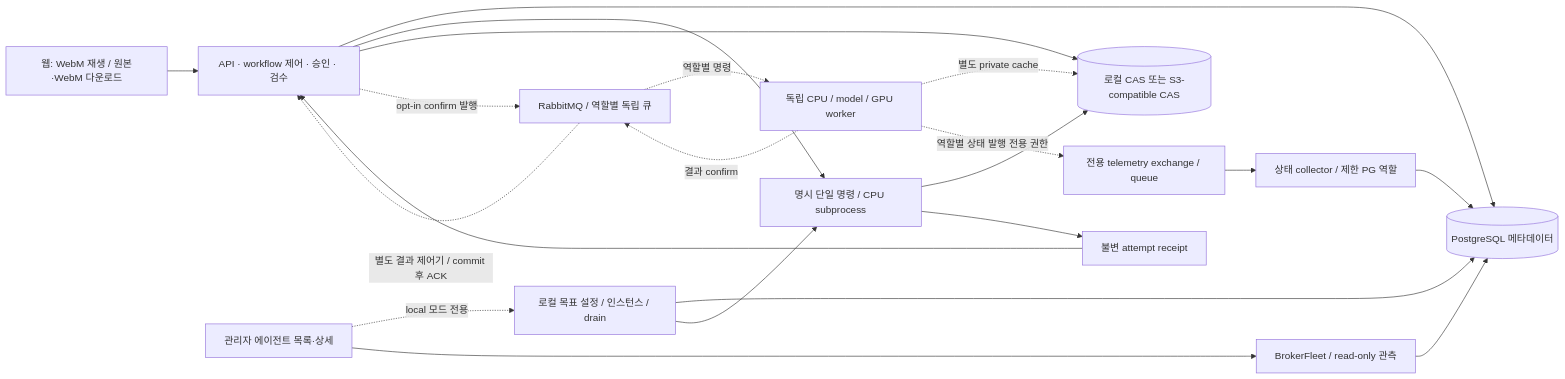
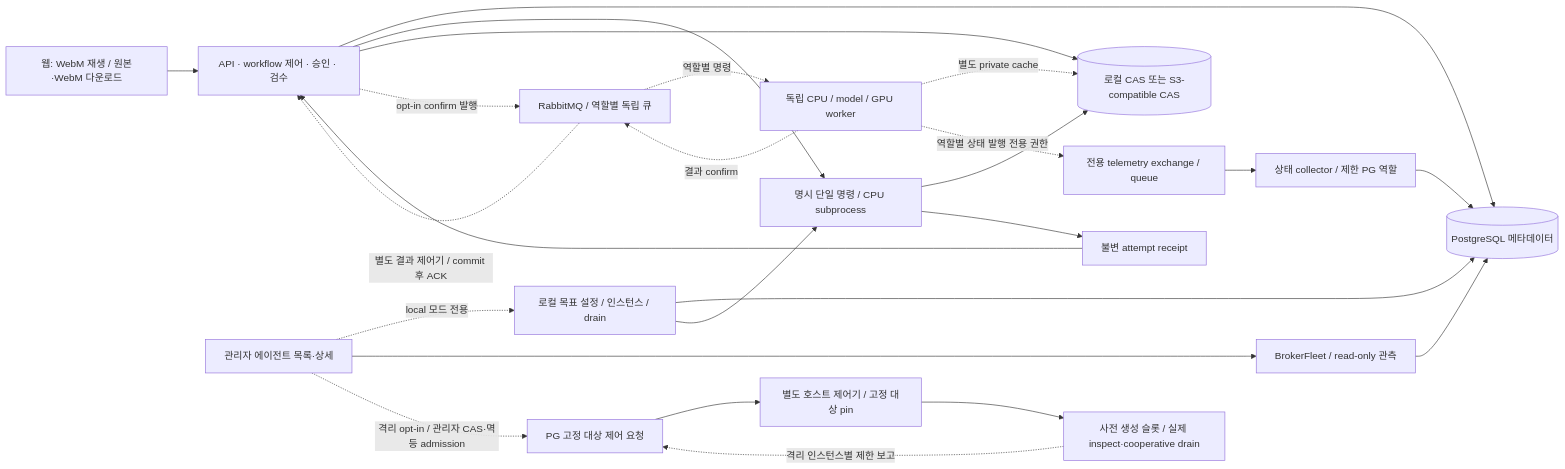
The diagram in docs/plans/architect.md (orderthan31/mediagent), drawn with Mermaid before and after one commit. The commit also changed other lines of this file and 20 other files, not shown here.

````diff
--- a/docs/plans/architect.md
+++ b/docs/plans/architect.md
@@ -15,23 +17,27 @@
 ```mermaid
 flowchart LR
   Web[웹: WebM 재생 / 원본·WebM 다운로드] --> App[API · workflow 제어 · 승인 · 검수]
   App --> PG[(PostgreSQL 메타데이터)]
   App --> CPU[명시 단일 명령 / CPU subprocess]
   Admin[관리자 에이전트 목록·상세] -. local 모드 전용 .-> Fleet[로컬 목표 설정 / 인스턴스 / drain]
   Fleet --> PG
   Fleet --> CPU
   App --> Objects[(로컬 CAS 또는 S3-compatible CAS)]
   CPU --> Objects
   CPU --> Receipt[불변 attempt receipt]
   Receipt --> App
   App -. opt-in confirm 발행 .-> Broker[RabbitMQ / 역할별 독립 큐]
   Broker -. 역할별 명령 .-> Independent[독립 CPU / model / GPU worker]
   Independent -. 결과 confirm .-> Broker
   Broker -. 별도 결과 제어기 / commit 후 ACK .-> App
   Independent -. 별도 private cache .-> Objects
   Independent -. 역할별 상태 발행 전용 권한 .-> StatusMQ[전용 telemetry exchange / queue]
   StatusMQ --> Collector[상태 collector / 제한 PG 역할]
   Collector --> PG
   Admin --> Observation[BrokerFleet / read-only 관측]
   Observation --> PG
+  Admin -. 격리 opt-in / 관리자 CAS·멱등 admission .-> Mailbox[PG 고정 대상 제어 요청]
+  Mailbox --> FixedHost[별도 호스트 제어기 / 고정 대상 pin]
+  FixedHost --> FixedSlots[사전 생성 슬롯 / 실제 inspect·cooperative drain]
+  FixedSlots -. 격리 인스턴스별 제한 보고 .-> Mailbox
 ```
````
